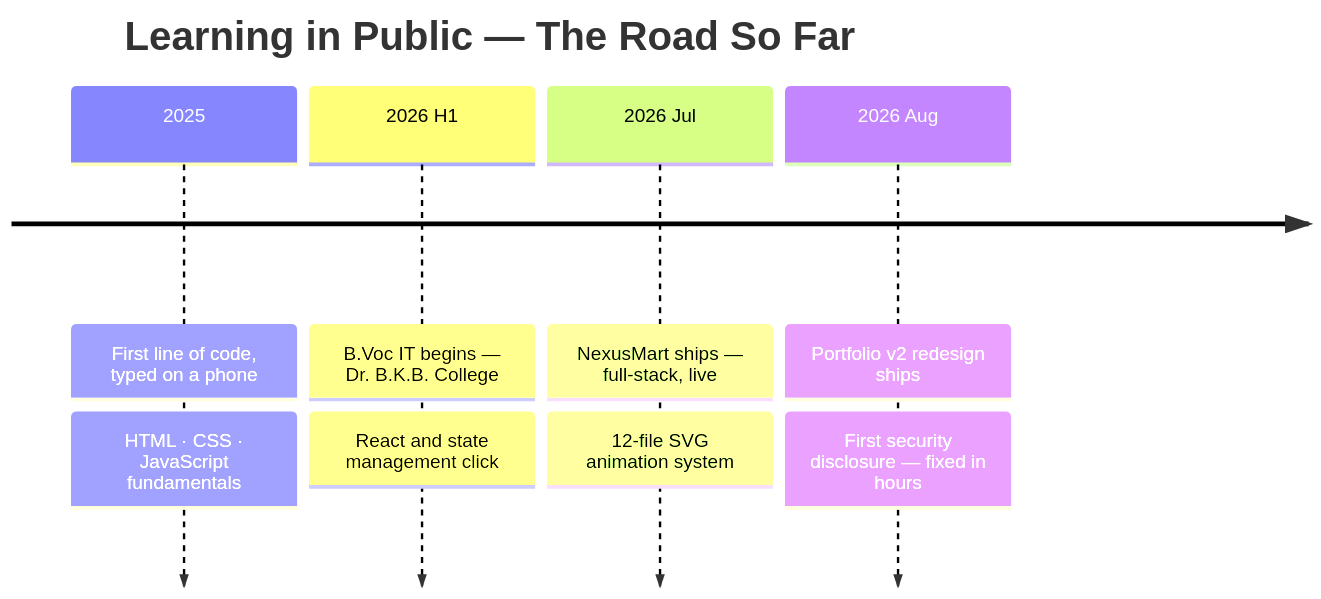
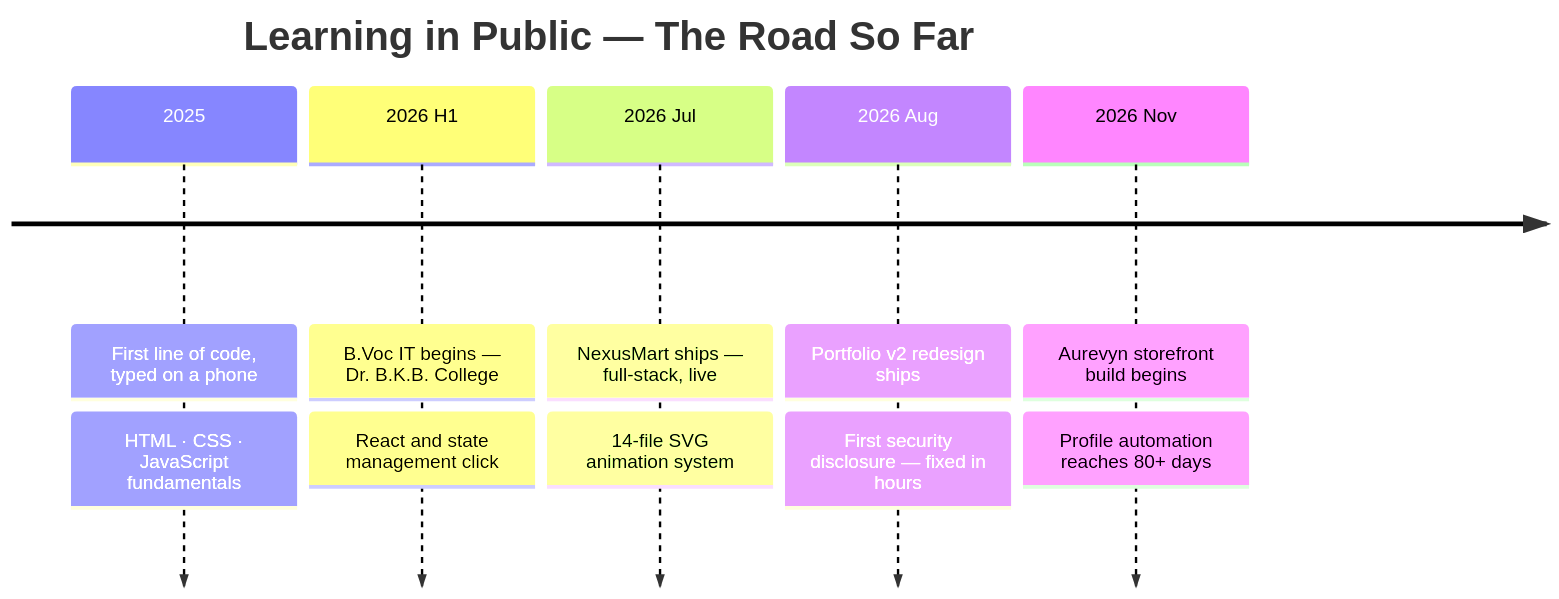
Before and after one commit to Manashjyoti-Bora/Manashjyoti-Bora: the first of 6 diagrams in README.md, drawn with Mermaid. The commit also changed other lines of this file and 13 other files, not shown here.

````diff
--- a/README.md
+++ b/README.md
@@ -64,12 +67,14 @@
 ```mermaid
 timeline
     title Learning in Public — The Road So Far
     2025 : First line of code, typed on a phone
          : HTML · CSS · JavaScript fundamentals
     2026 H1 : B.Voc IT begins — Dr. B.K.B. College
             : React and state management click
     2026 Jul : NexusMart ships — full-stack, live
-             : 12-file SVG animation system
+             : 14-file SVG animation system
     2026 Aug : Portfolio v2 redesign ships
              : First security disclosure — fixed in hours
+    2026 Nov : Aurevyn storefront build begins
+             : Profile automation reaches 80+ days
 ```
````
